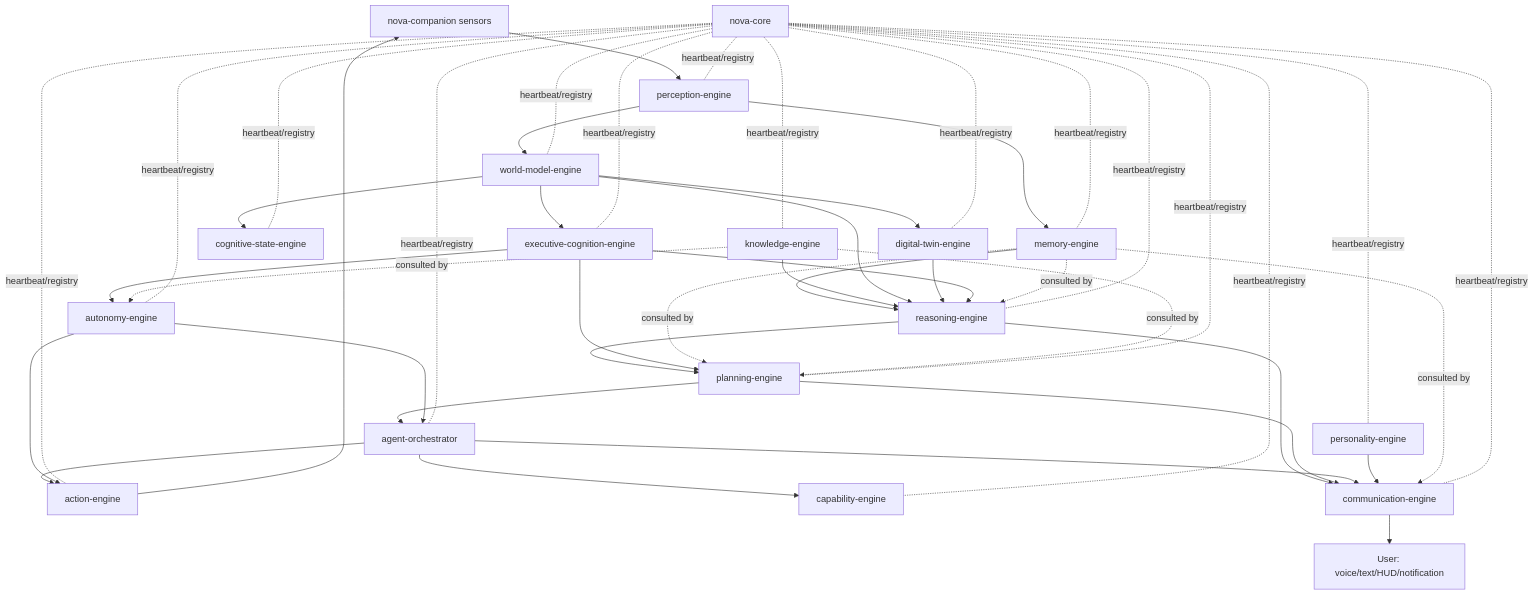
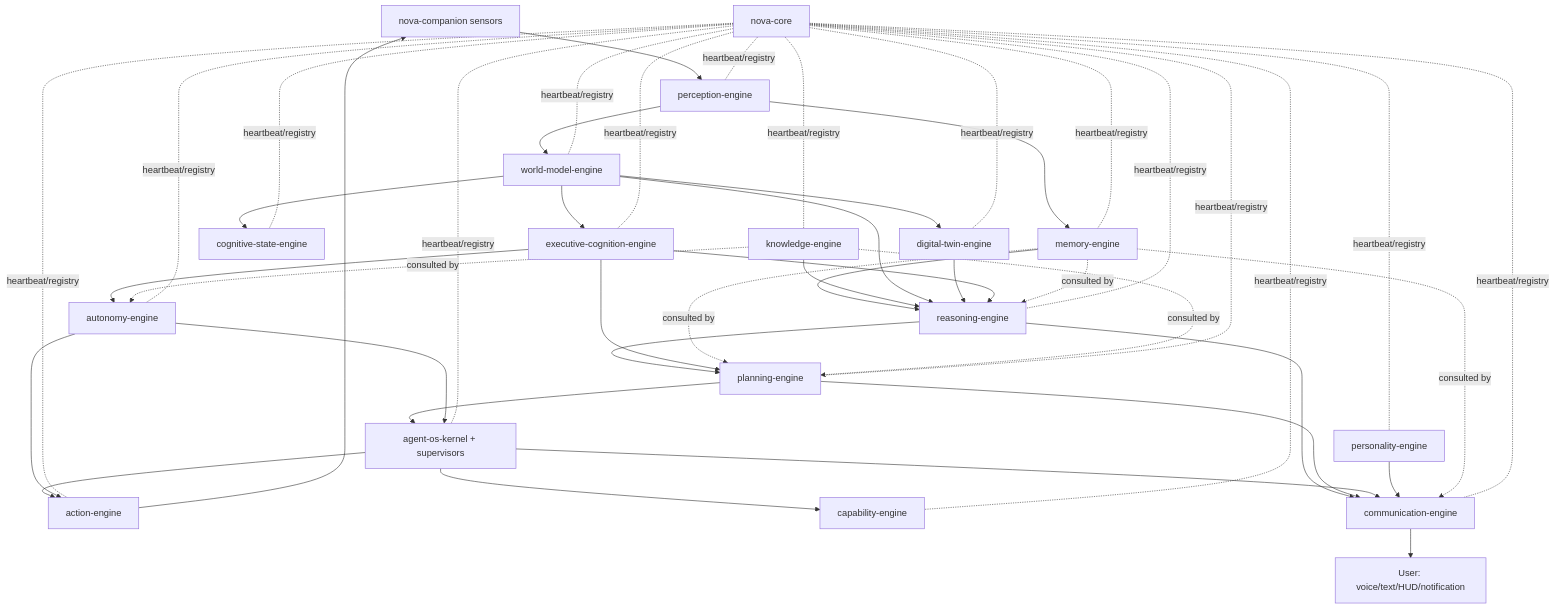
Before and after one commit to Tudor191/NOVA-PROJECT-BIBLE: the diagram in docs/architecture/10-inter-engine-communication.md, drawn with Mermaid. The commit also changed other lines of this file and 13 other files, not shown here.

First line of the commit message:
Elevate Event Bus, Graph Store, and Agent Orchestrator to explicit abstractions

````diff
--- a/docs/architecture/10-inter-engine-communication.md
+++ b/docs/architecture/10-inter-engine-communication.md
@@ -11,55 +11,55 @@
 ```mermaid
 flowchart TB
     Companion[nova-companion sensors] --> Perception
     Perception[perception-engine] --> WorldModel[world-model-engine]
     Perception --> Memory[memory-engine]
 
     WorldModel --> Executive[executive-cognition-engine]
     WorldModel --> CogState[cognitive-state-engine]
     WorldModel --> DigitalTwin[digital-twin-engine]
 
     Memory --> Reasoning[reasoning-engine]
     Knowledge[knowledge-engine] --> Reasoning
     WorldModel --> Reasoning
     DigitalTwin --> Reasoning
 
     Reasoning --> Planning[planning-engine]
-    Planning --> AgentOrch[agent-orchestrator]
-    AgentOrch --> Action[action-engine]
-    AgentOrch --> Capability[capability-engine]
+    Planning --> AgentOS[agent-os-kernel + supervisors]
+    AgentOS --> Action[action-engine]
+    AgentOS --> Capability[capability-engine]
     Action --> Companion
 
     Executive --> Reasoning
     Executive --> Planning
     Executive --> Autonomy[autonomy-engine]
     Autonomy --> Action
-    Autonomy --> AgentOrch
+    Autonomy --> AgentOS
 
     Reasoning --> Communication[communication-engine]
     Planning --> Communication
-    AgentOrch --> Communication
+    AgentOS --> Communication
     Personality[personality-engine] --> Communication
     Communication --> UserOut[User: voice/text/HUD/notification]
 
     Memory -.consulted by.-> Reasoning
     Memory -.consulted by.-> Planning
     Memory -.consulted by.-> Communication
     Knowledge -.consulted by.-> Planning
     Knowledge -.consulted by.-> Autonomy
 
     NovaCore[nova-core] -. heartbeat/registry .- Perception
     NovaCore -. heartbeat/registry .- WorldModel
     NovaCore -. heartbeat/registry .- Memory
     NovaCore -. heartbeat/registry .- Knowledge
     NovaCore -. heartbeat/registry .- Reasoning
     NovaCore -. heartbeat/registry .- Planning
     NovaCore -. heartbeat/registry .- Executive
     NovaCore -. heartbeat/registry .- Autonomy
     NovaCore -. heartbeat/registry .- Action
     NovaCore -. heartbeat/registry .- Capability
     NovaCore -. heartbeat/registry .- Communication
     NovaCore -. heartbeat/registry .- Personality
-    NovaCore -. heartbeat/registry .- AgentOrch
+    NovaCore -. heartbeat/registry .- AgentOS
     NovaCore -. heartbeat/registry .- CogState
     NovaCore -. heartbeat/registry .- DigitalTwin
 ```
````
